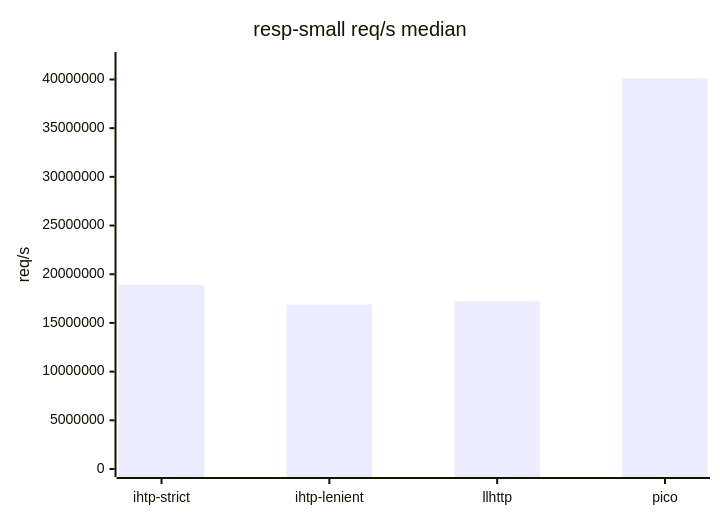
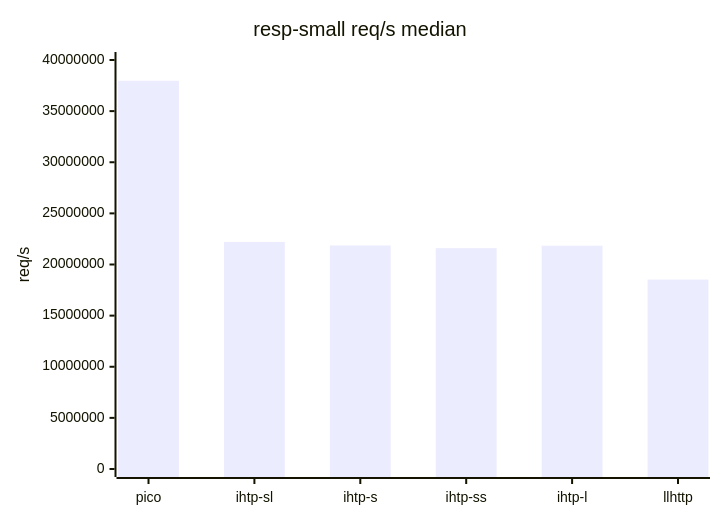
The third of 6 diagrams in docs/en/09-test-results.md (ioplane/iohttpparser), drawn with Mermaid before and after one commit. The commit also changed other lines of this file and 24 other files, not shown here.

````diff
--- a/docs/en/09-test-results.md
+++ b/docs/en/09-test-results.md
@@ -159,7 +153,7 @@
 ```mermaid
 xychart-beta
     title "resp-small req/s median"
-    x-axis ["ihtp-strict", "ihtp-lenient", "llhttp", "pico"]
-    y-axis "req/s" 0 --> 42000000
-    bar [18919582.13, 16892389.82, 17222275.95, 40101939.13]
+    x-axis ["pico", "ihtp-sl", "ihtp-s", "ihtp-ss", "ihtp-l", "llhttp"]
+    y-axis "req/s" 0 --> 40000000
+    bar [37967472.13, 22206618.37, 21862006.79, 21599111.84, 21841803.53, 18525103.51]
 ```
````
